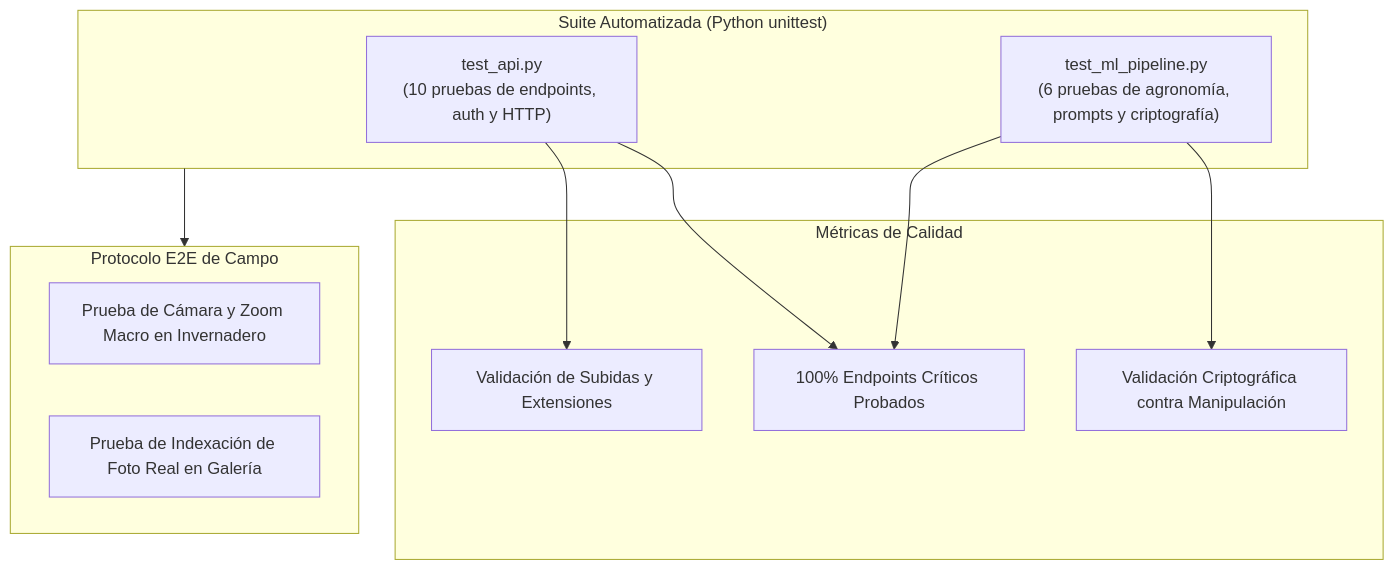
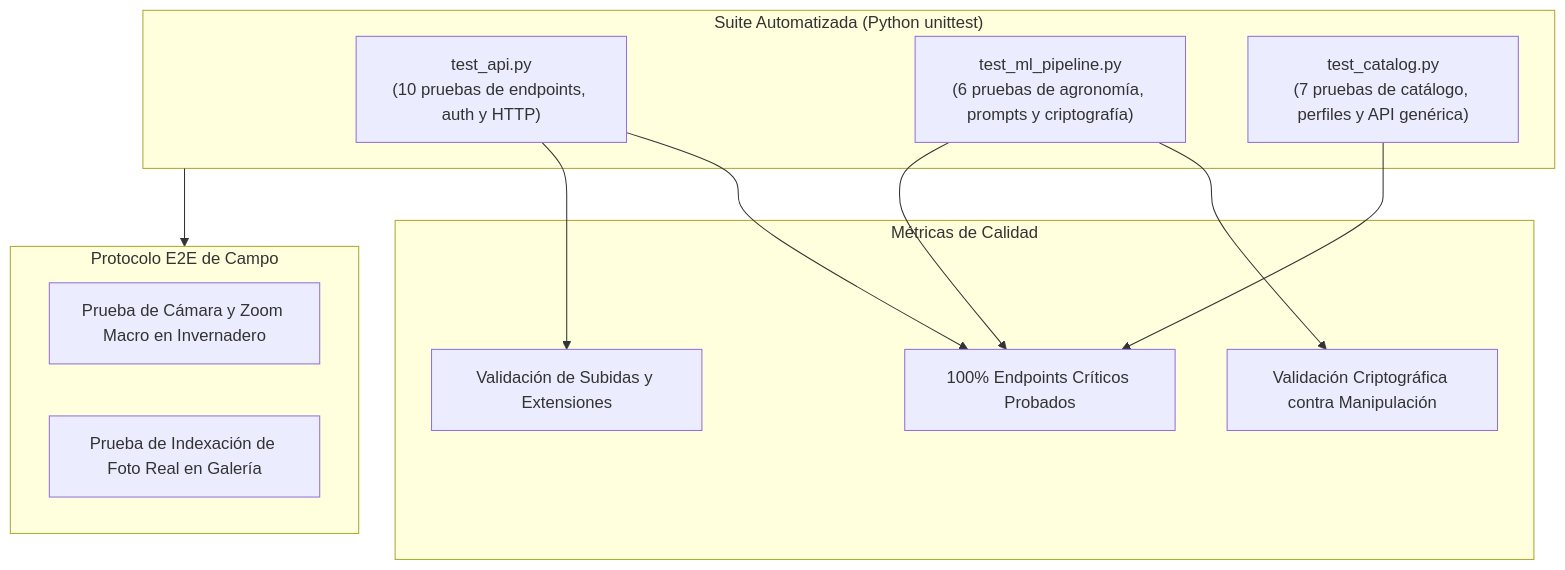
One commit to VoctorMCL/macollo-trips-api changed the diagram in docs/TESTING.md. Above: the diagram before and after it, drawn with Mermaid. The commit also changed other lines of this file and 61 other files, not shown here.

````diff
--- a/docs/TESTING.md
+++ b/docs/TESTING.md
@@ -11,24 +11,26 @@
 ```mermaid
 graph TD
     subgraph Automatizadas ["Suite Automatizada (Python unittest)"]
         T_API["test_api.py<br/>(10 pruebas de endpoints, auth y HTTP)"]
         T_ML["test_ml_pipeline.py<br/>(6 pruebas de agronomía, prompts y criptografía)"]
+        T_CAT["test_catalog.py<br/>(7 pruebas de catálogo, perfiles y API genérica)"]
     end
 
     subgraph Cobertura ["Métricas de Calidad"]
         COV["100% Endpoints Críticos Probados"]
         TAMPER["Validación Criptográfica contra Manipulación"]
         SANIT["Validación de Subidas y Extensiones"]
     end
 
     subgraph Campo ["Protocolo E2E de Campo"]
         CAM_TEST["Prueba de Cámara y Zoom Macro en Invernadero"]
         FEW_SHOT["Prueba de Indexación de Foto Real en Galería"]
     end
 
     T_API --> COV
     T_API --> SANIT
     T_ML --> TAMPER
     T_ML --> COV
+    T_CAT --> COV
     Automatizadas --> Campo
 ```
````
